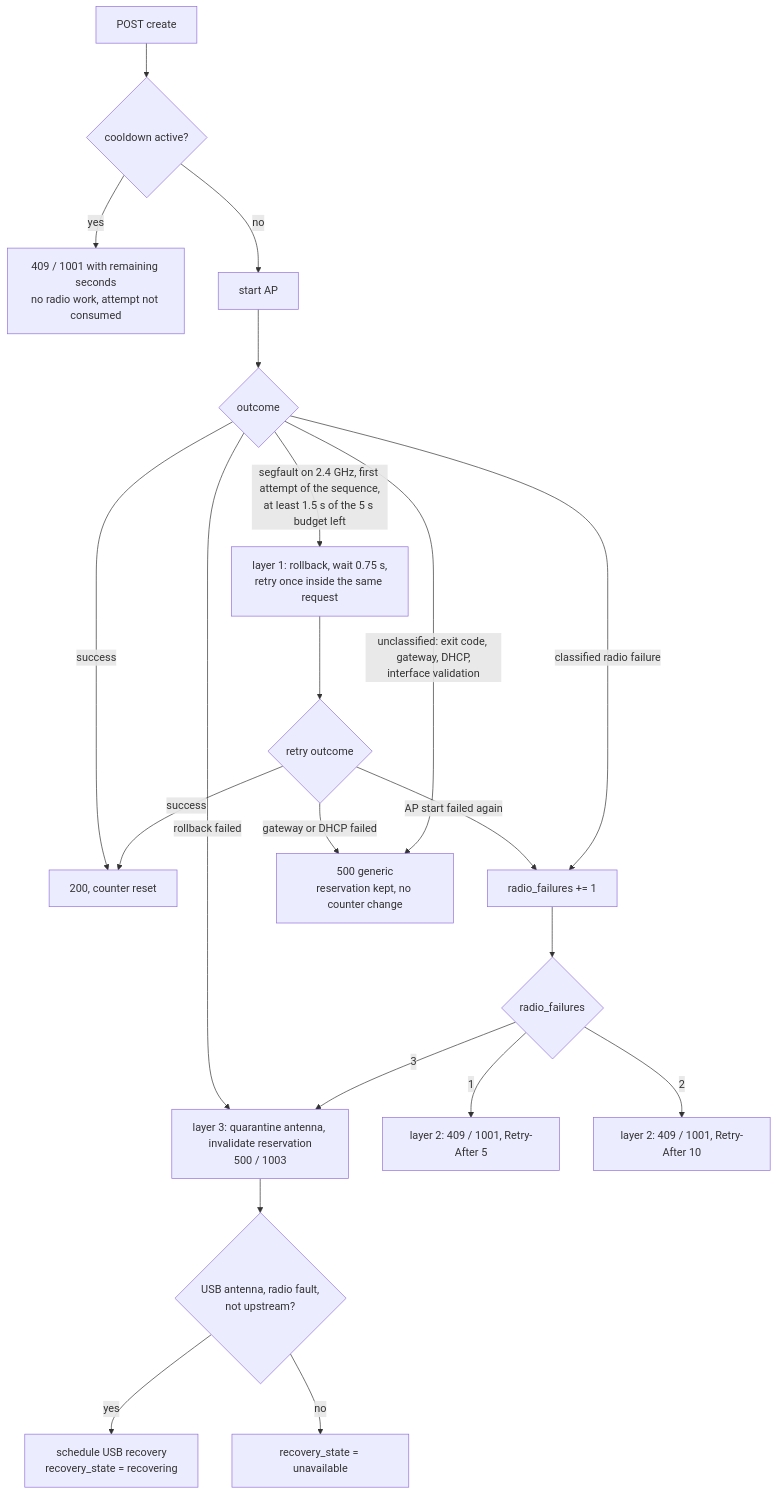
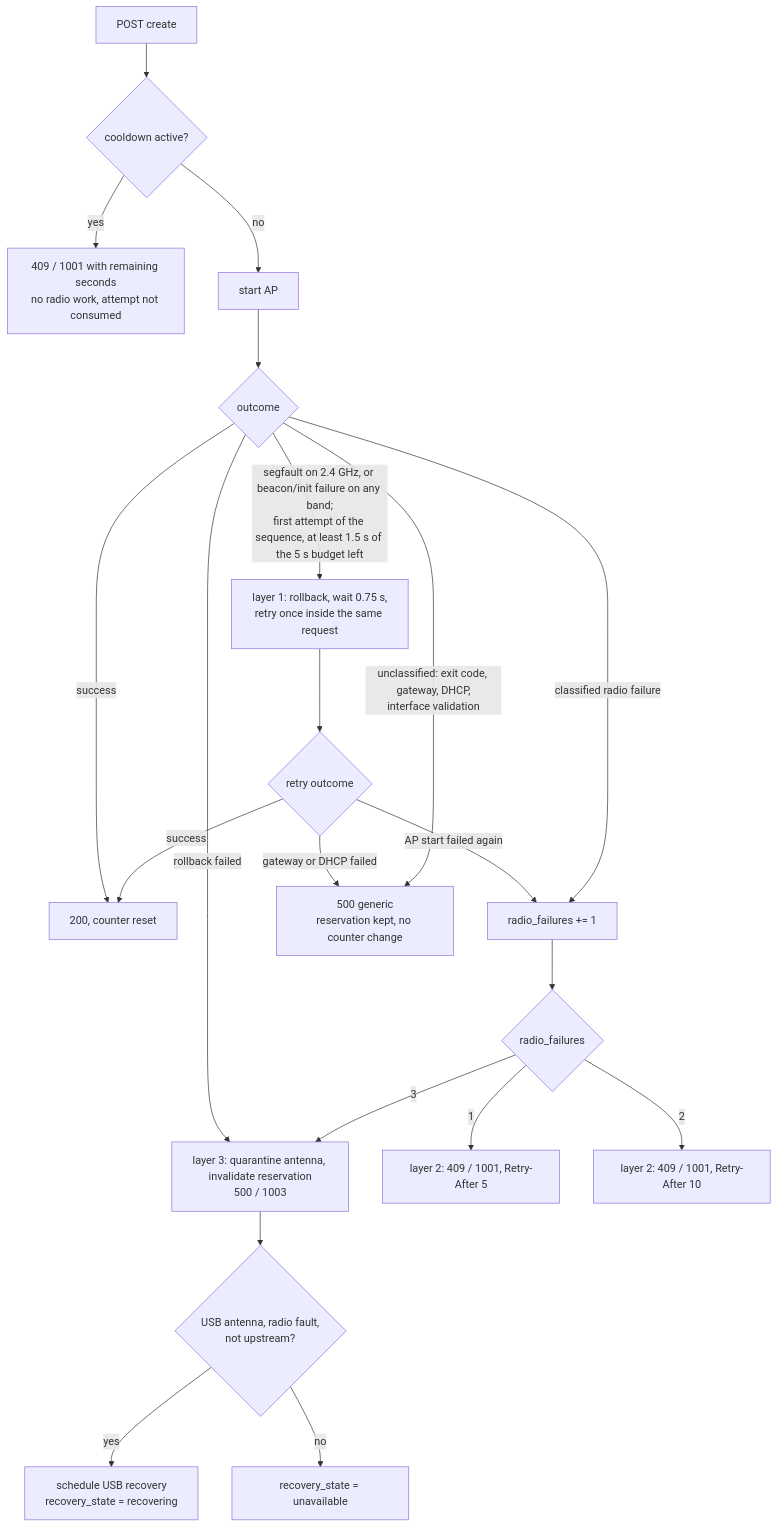
Before and after one commit to caporalesimone/wi-lab: the tenth of 13 diagrams in docs/architecture.md, drawn with Mermaid. The commit also changed other lines of this file and 7 other files, not shown here.

First line of the commit message:
fix(hostapd): fail fast on startup exit and retry transient beacon failures

````diff
--- a/docs/architecture.md
+++ b/docs/architecture.md
@@ -486,23 +492,23 @@
 ```mermaid
 flowchart TD
     S["POST create"] --> CD{"cooldown active?"}
     CD -->|yes| R0["409 / 1001 with remaining seconds<br/>no radio work, attempt not consumed"]
     CD -->|no| ST["start AP"]
     ST --> OUT{"outcome"}
     OUT -->|success| OK["200, counter reset"]
-    OUT -->|"segfault on 2.4 GHz, first attempt of the sequence,<br/>at least 1.5 s of the 5 s budget left"| IR["layer 1: rollback, wait 0.75 s,<br/>retry once inside the same request"]
+    OUT -->|"segfault on 2.4 GHz, or beacon/init failure on any band;<br/>first attempt of the sequence, at least 1.5 s of the 5 s budget left"| IR["layer 1: rollback, wait 0.75 s,<br/>retry once inside the same request"]
     IR --> OUT2{"retry outcome"}
     OUT2 -->|success| OK
     OUT2 -->|"AP start failed again"| CL
     OUT2 -->|"gateway or DHCP failed"| G
     OUT -->|"unclassified: exit code, gateway, DHCP,<br/>interface validation"| G["500 generic<br/>reservation kept, no counter change"]
     OUT -->|classified radio failure| CL["radio_failures += 1"]
     OUT -->|rollback failed| Q
     CL --> N{"radio_failures"}
     N -->|1| R5["layer 2: 409 / 1001, Retry-After 5"]
     N -->|2| R10["layer 2: 409 / 1001, Retry-After 10"]
     N -->|3| Q["layer 3: quarantine antenna, invalidate reservation<br/>500 / 1003"]
     Q --> U{"USB antenna, radio fault,<br/>not upstream?"}
     U -->|yes| REC["schedule USB recovery<br/>recovery_state = recovering"]
     U -->|no| UN["recovery_state = unavailable"]
 ```
````
